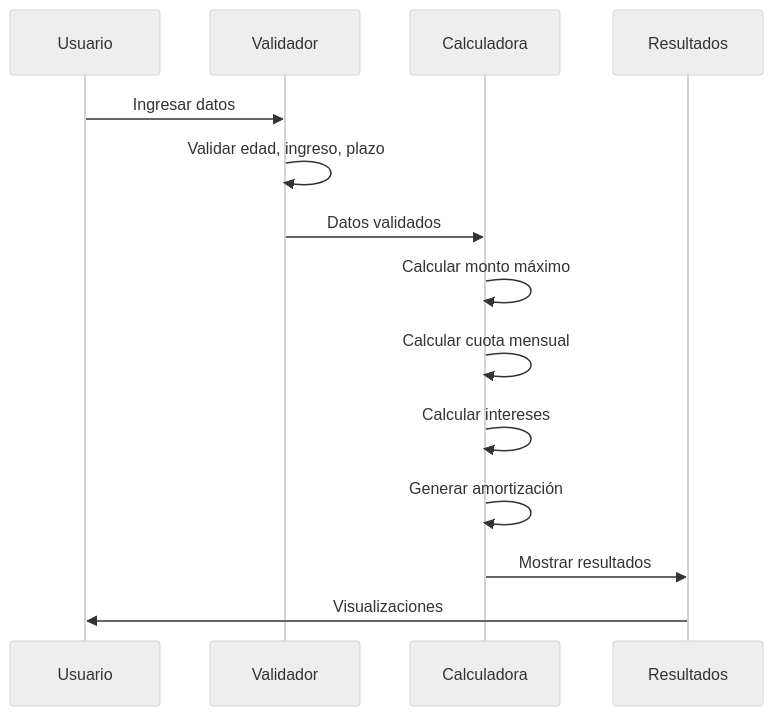
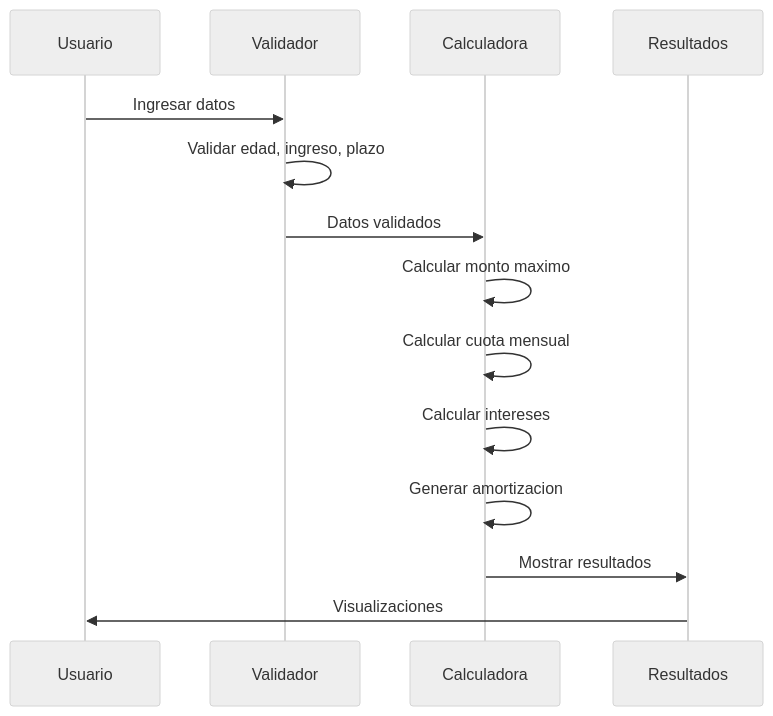
Diagram 14 of 14 in formulas/README.md (santiagoblanco22/calculator_dayana), drawn with Mermaid (neutral theme) before and after one commit. The commit also changed other lines of this file and 3 other files, not shown here.

````diff
--- a/formulas/README.md
+++ b/formulas/README.md
@@ -399,17 +399,17 @@
 ```mermaid
 sequenceDiagram
     participant U as Usuario
     participant V as Validador
     participant C as Calculadora
     participant R as Resultados
 
     U->>V: Ingresar datos
     V->>V: Validar edad, ingreso, plazo
     V->>C: Datos validados
-    C->>C: Calcular monto máximo
+    C->>C: Calcular monto maximo
     C->>C: Calcular cuota mensual
     C->>C: Calcular intereses
-    C->>C: Generar amortización
+    C->>C: Generar amortizacion
     C->>R: Mostrar resultados
     R->>U: Visualizaciones
 ```
````
